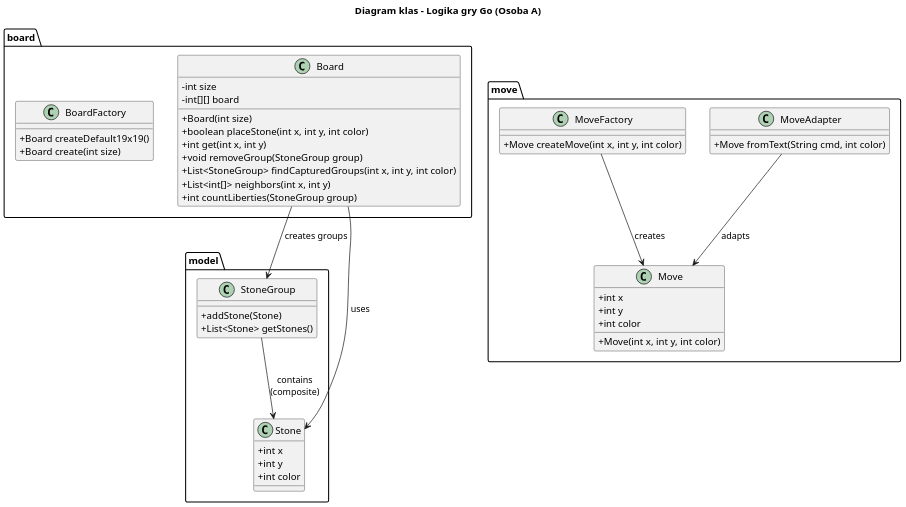
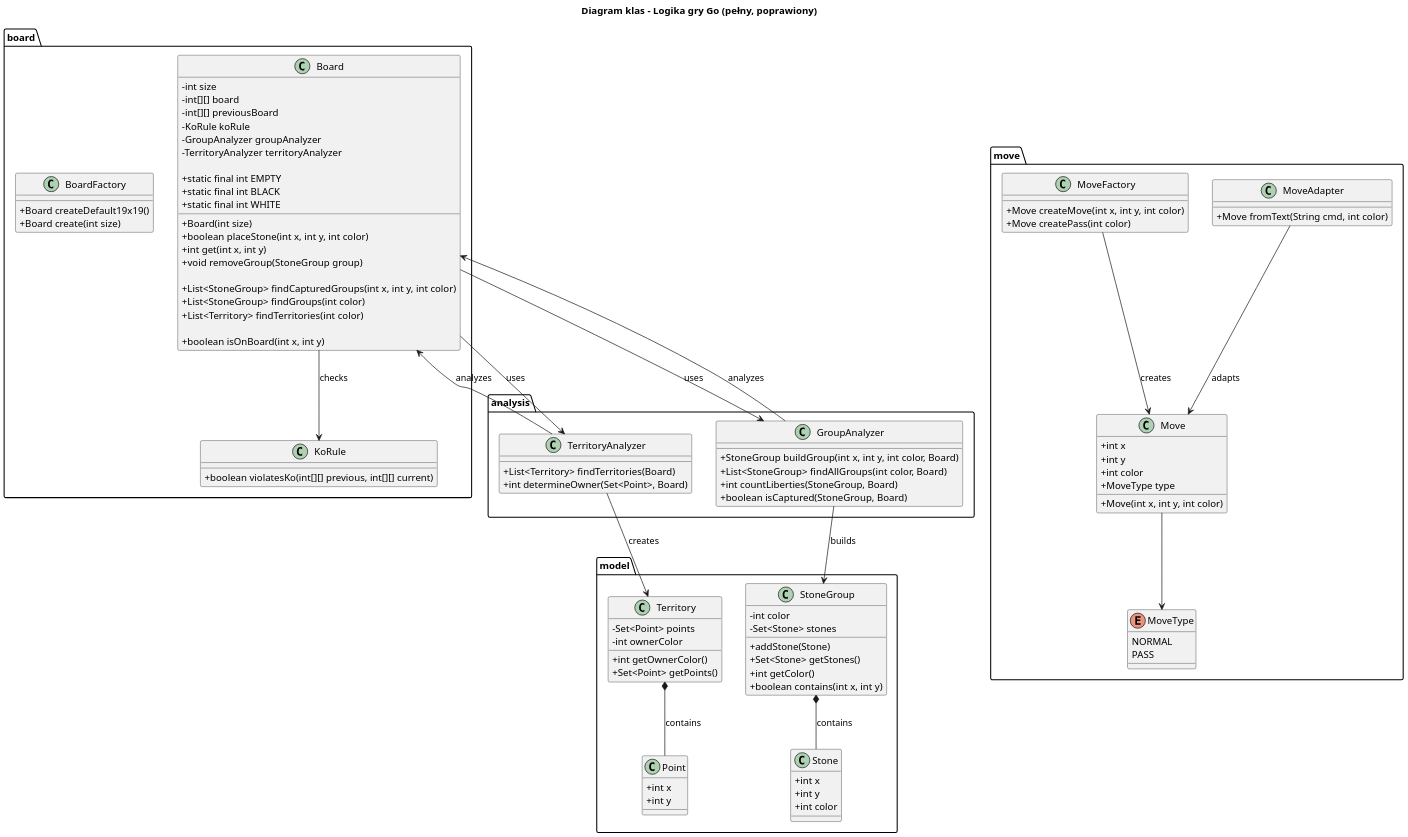
One commit to ptrthdr/go-game-iteration2 changed the diagram in src/main/java/pl/edu/go/boarduml.puml. Above: the diagram before and after it, drawn with PlantUML. The commit also changed 2 other files, not shown here.

Commit message:
Fix Ko rule: prevent immediate recapture of single stone

```diff
--- a/src/main/java/pl/edu/go/boarduml.puml
+++ b/src/main/java/pl/edu/go/boarduml.puml
@@ -1,62 +1,134 @@
 @startuml
 skinparam classAttributeIconSize 0
 skinparam dpi 150
-title Diagram klas - Logika gry Go (Osoba A)
+title Diagram klas – Logika gry Go (pełny, poprawiony)
 
 package board {
+
     class Board {
         - int size
         - int[][] board
+        - int[][] previousBoard
+        - KoRule koRule
+        - GroupAnalyzer groupAnalyzer
+        - TerritoryAnalyzer territoryAnalyzer
+
+        + static final int EMPTY
+        + static final int BLACK
+        + static final int WHITE
+
         + Board(int size)
         + boolean placeStone(int x, int y, int color)
         + int get(int x, int y)
         + void removeGroup(StoneGroup group)
+
         + List<StoneGroup> findCapturedGroups(int x, int y, int color)
-        + List<int[]> neighbors(int x, int y)
-        + int countLiberties(StoneGroup group)
+        + List<StoneGroup> findGroups(int color)
+        + List<Territory> findTerritories(int color)
+
+        + boolean isOnBoard(int x, int y)
     }
 
     class BoardFactory {
         + Board createDefault19x19()
         + Board create(int size)
     }
+
+    class KoRule {
+        + boolean violatesKo(int[][] previous, int[][] current)
+    }
+}
+
+package analysis {
+
+    class GroupAnalyzer {
+        + StoneGroup buildGroup(int x, int y, int color, Board)
+        + List<StoneGroup> findAllGroups(int color, Board)
+        + int countLiberties(StoneGroup, Board)
+        + boolean isCaptured(StoneGroup, Board)
+    }
+
+    class TerritoryAnalyzer {
+        + List<Territory> findTerritories(Board)
+        + int determineOwner(Set<Point>, Board)
+    }
 }
 
 package model {
+
+    class Point {
+        + int x
+        + int y
+    }
+
     class Stone {
         + int x
         + int y
         + int color
     }
 
     class StoneGroup {
+        - int color
+        - Set<Stone> stones
+
         + addStone(Stone)
-        + List<Stone> getStones()
+        + Set<Stone> getStones()
+        + int getColor()
+        + boolean contains(int x, int y)
+    }
+
+    class Territory {
+        - Set<Point> points
+        - int ownerColor
+
+        + int getOwnerColor()
+        + Set<Point> getPoints()
     }
 }
 
 package move {
+
     class Move {
         + int x
         + int y
         + int color
+        + MoveType type
+
         + Move(int x, int y, int color)
+    }
+
+    enum MoveType {
+        NORMAL
+        PASS
     }
 
     class MoveAdapter {
         + Move fromText(String cmd, int color)
     }
 
     class MoveFactory {
         + Move createMove(int x, int y, int color)
+        + Move createPass(int color)
     }
 }
 
+' ===== RELACJE =====
 
-Board --> Stone : uses
-Board --> StoneGroup : creates groups
-StoneGroup --> Stone : contains\n(composite)
+Board --> KoRule : checks
+Board --> GroupAnalyzer : uses
+Board --> TerritoryAnalyzer : uses
+
+GroupAnalyzer --> StoneGroup : builds
+GroupAnalyzer --> Board : analyzes
+
+TerritoryAnalyzer --> Territory : creates
+TerritoryAnalyzer --> Board : analyzes
+
+StoneGroup *-- Stone : contains
+Territory *-- Point : contains
+
+Move --> MoveType
 MoveAdapter --> Move : adapts
 MoveFactory --> Move : creates
 
 @enduml
```
